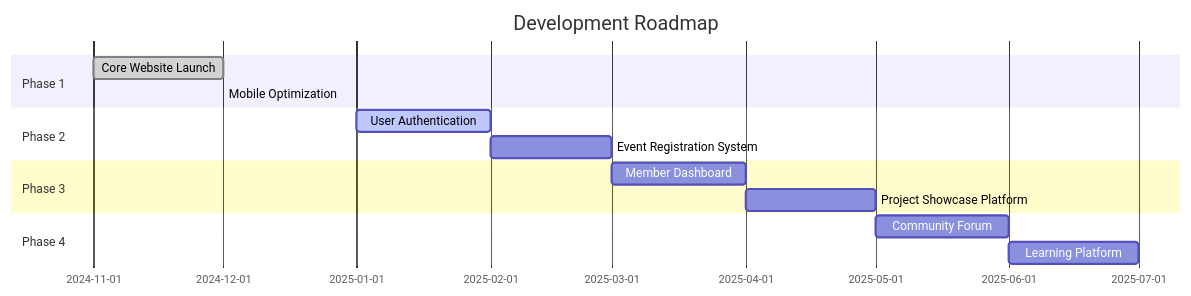
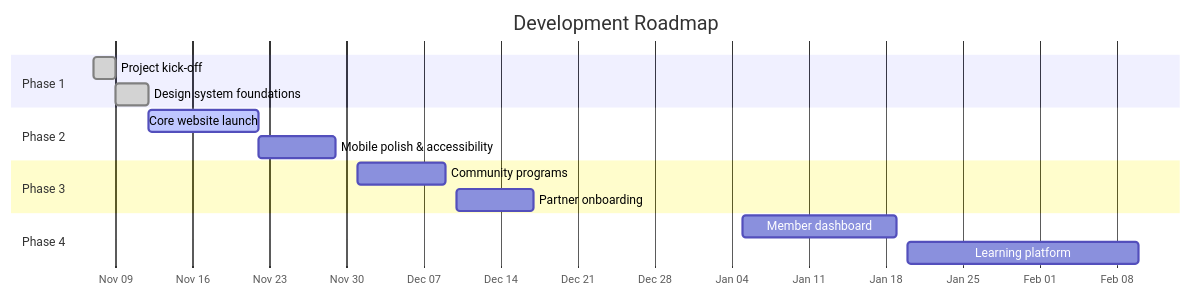
The fourth of 4 diagrams in README.md (Owusu1946/expogh), drawn with Mermaid before and after one commit. The commit also changed other lines of this file and 4 other files, not shown here.

````diff
--- a/README.md
+++ b/README.md
@@ -415,17 +422,18 @@
 ```mermaid
 gantt
     title Development Roadmap
-    dateFormat  YYYY-MM
+    dateFormat  YYYY-MM-DD
+    axisFormat  %b %d
     section Phase 1
-    Core Website Launch           :done, 2024-11, 2024-12
-    Mobile Optimization          :done, 2024-12, 2024-12
+    Project kick-off             :done, 2025-11-07, 2d
+    Design system foundations    :done, 2025-11-09, 3d
     section Phase 2
-    User Authentication          :active, 2025-01, 2025-02
-    Event Registration System    :2025-02, 2025-03
+    Core website launch          :active, 2025-11-12, 10d
+    Mobile polish & accessibility:2025-11-22, 7d
     section Phase 3
-    Member Dashboard             :2025-03, 2025-04
-    Project Showcase Platform    :2025-04, 2025-05
+    Community programs           :2025-12-01, 8d
+    Partner onboarding           :2025-12-10, 7d
     section Phase 4
-    Community Forum              :2025-05, 2025-06
-    Learning Platform            :2025-06, 2025-07
+    Member dashboard             :2026-01-05, 14d
+    Learning platform            :2026-01-20, 21d
 ```
````
